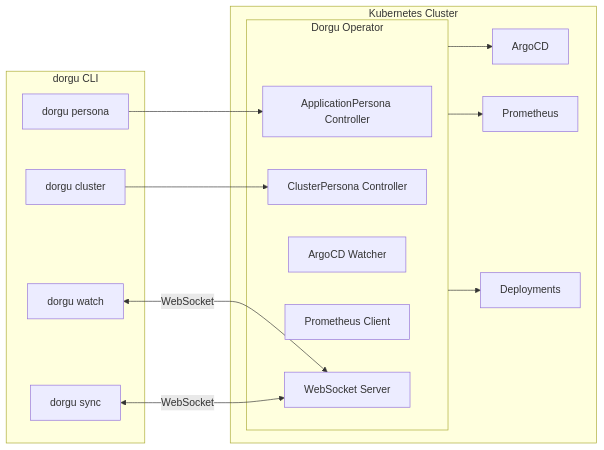
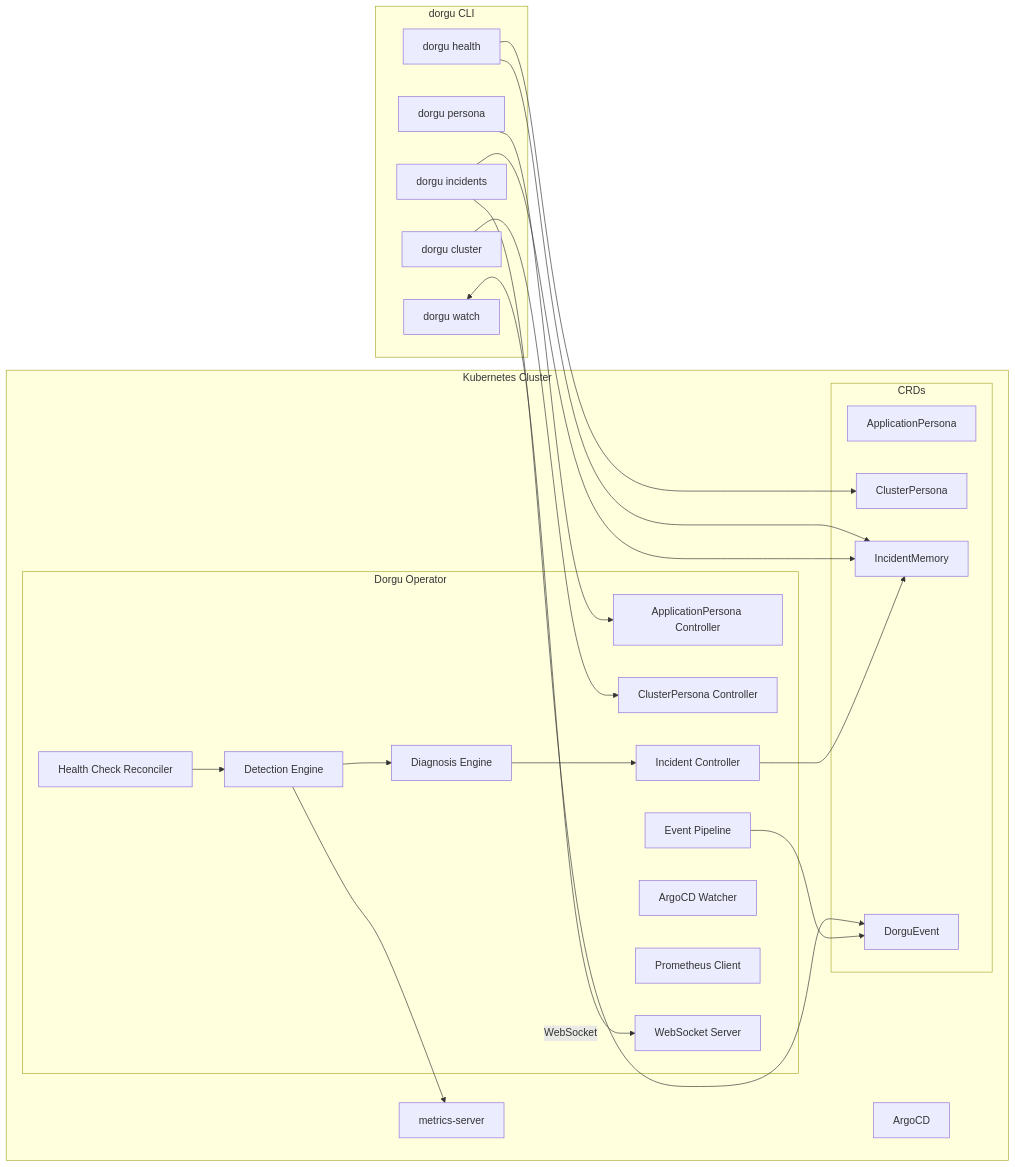
The diagram in README.md (dorgu-ai/dorgu-operator), drawn with Mermaid before and after one commit. The commit also changed other lines of this file and 1 other file, not shown here.

````diff
--- a/README.md
+++ b/README.md
@@ -123,30 +140,47 @@
 ```mermaid
 flowchart LR
   subgraph cli [dorgu CLI]
+    health[dorgu health]
+    incidents[dorgu incidents]
     watch[dorgu watch]
-    sync[dorgu sync]
     persona[dorgu persona]
     clusterCmd[dorgu cluster]
   end
 
   subgraph k8s [Kubernetes Cluster]
     subgraph operator [Dorgu Operator]
       appCtrl[ApplicationPersona Controller]
       clusterCtrl[ClusterPersona Controller]
+      healthRec[Health Check Reconciler]
+      detEngine[Detection Engine]
+      diagEngine[Diagnosis Engine]
+      eventPipe[Event Pipeline]
+      incidentCtrl[Incident Controller]
       argocdWatcher[ArgoCD Watcher]
       promClient[Prometheus Client]
       wsServer[WebSocket Server]
     end
+    subgraph crds [CRDs]
+      appPersona[ApplicationPersona]
+      clusterPersona[ClusterPersona]
+      incidentMem[IncidentMemory]
+      dorguEvent[DorguEvent]
+    end
     argocd[ArgoCD]
-    prometheus[Prometheus]
-    deployments[Deployments]
+    metricsServer[metrics-server]
   end
 
+  health --> incidentMem
+  health --> clusterPersona
+  incidents --> incidentMem
+  incidents --> dorguEvent
   watch <-->|WebSocket| wsServer
-  sync <-->|WebSocket| wsServer
   persona --> appCtrl
   clusterCmd --> clusterCtrl
-  operator --> argocd
-  operator --> prometheus
-  operator --> deployments
+  healthRec --> detEngine
+  detEngine --> diagEngine
+  diagEngine --> incidentCtrl
+  eventPipe --> dorguEvent
+  incidentCtrl --> incidentMem
+  detEngine --> metricsServer
 ```
````
